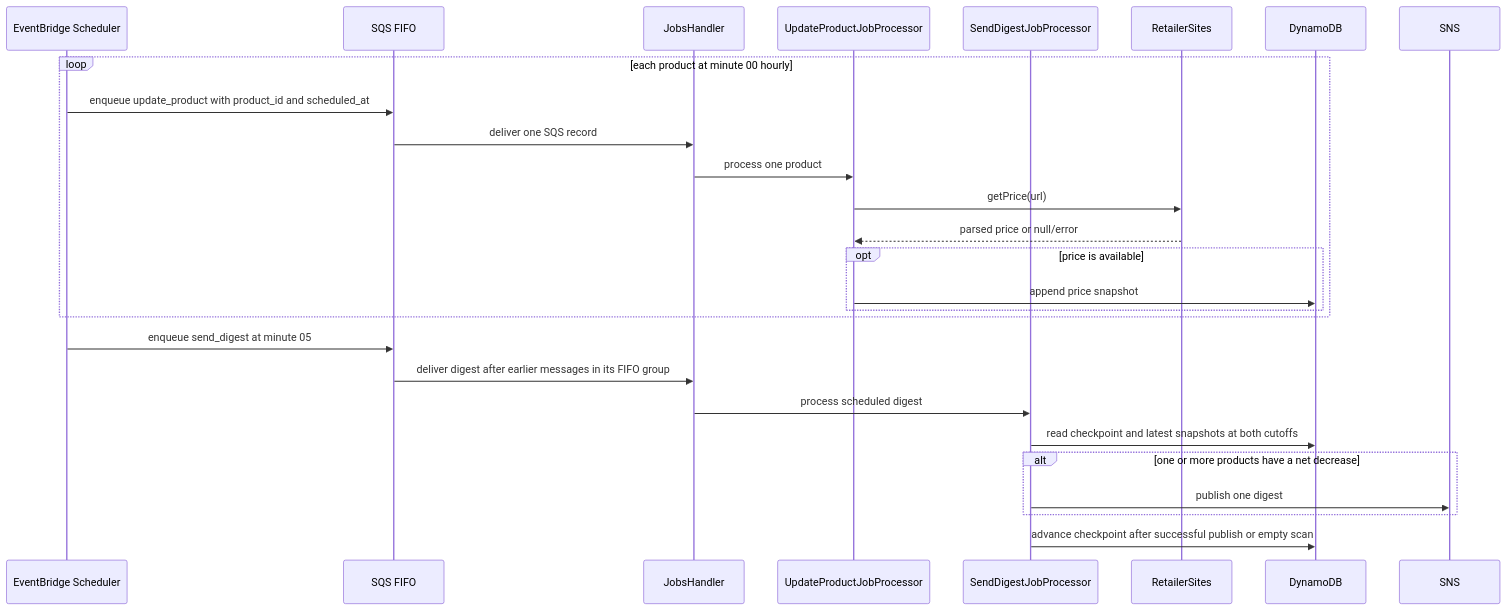
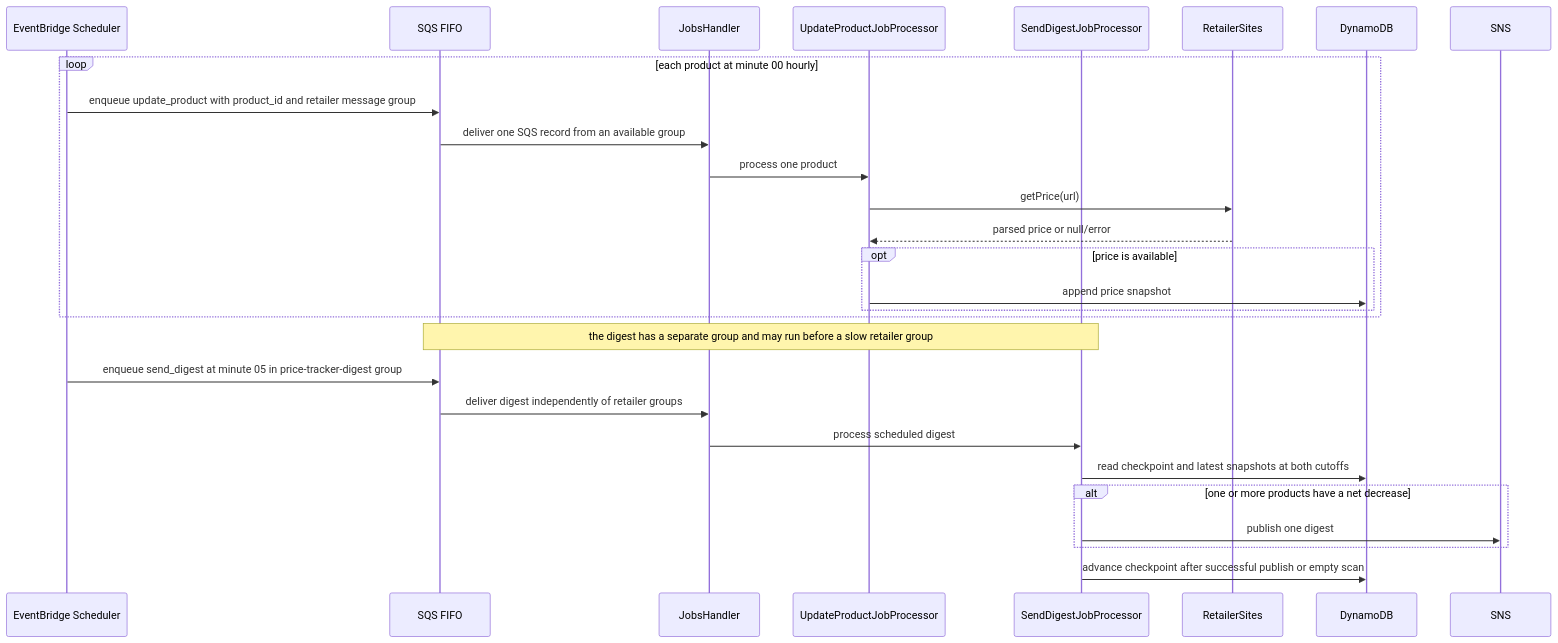
Before and after one commit to jordansimsmith/jordansimsmith-com: the second of 2 diagrams in price_tracker_api/README.md, drawn with Mermaid. The commit also changed other lines of this file and 1 other file, not shown here.

Commit message:
Group price tracker jobs by retailer

````diff
--- a/price_tracker_api/README.md
+++ b/price_tracker_api/README.md
@@ -74,30 +74,31 @@
 ```mermaid
 sequenceDiagram
   participant scheduler as EventBridge Scheduler
   participant queue as SQS FIFO
   participant handler as JobsHandler
   participant update as UpdateProductJobProcessor
   participant digest as SendDigestJobProcessor
   participant retailers as RetailerSites
   participant table as DynamoDB
   participant sns as SNS
 
   loop each product at minute 00 hourly
-    scheduler->>queue: enqueue update_product with product_id and scheduled_at
-    queue->>handler: deliver one SQS record
+    scheduler->>queue: enqueue update_product with product_id and retailer message group
+    queue->>handler: deliver one SQS record from an available group
     handler->>update: process one product
     update->>retailers: getPrice(url)
     retailers-->>update: parsed price or null/error
     opt price is available
       update->>table: append price snapshot
     end
   end
-  scheduler->>queue: enqueue send_digest at minute 05
-  queue->>handler: deliver digest after earlier messages in its FIFO group
+  Note over queue,digest: the digest has a separate group and may run before a slow retailer group
+  scheduler->>queue: enqueue send_digest at minute 05 in price-tracker-digest group
+  queue->>handler: deliver digest independently of retailer groups
   handler->>digest: process scheduled digest
   digest->>table: read checkpoint and latest snapshots at both cutoffs
   alt one or more products have a net decrease
     digest->>sns: publish one digest
   end
   digest->>table: advance checkpoint after successful publish or empty scan
 ```
````
